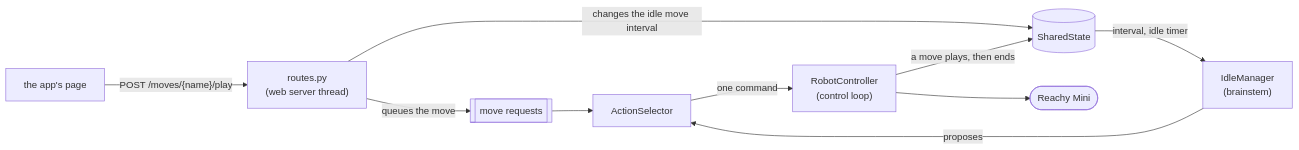
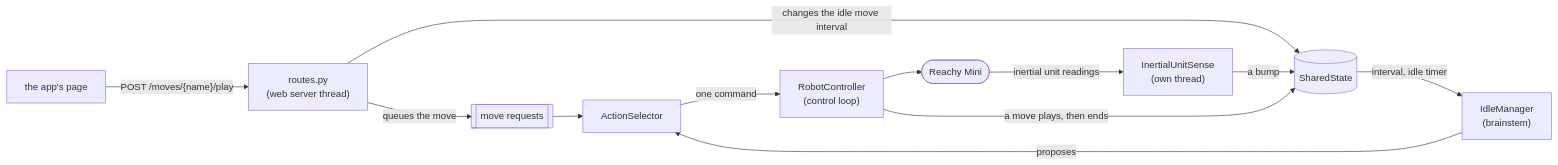
The first of 2 diagrams in ARCHITECTURE.md (HTurlet15/reachy_alive), drawn with Mermaid before and after one commit. The commit also changed other lines of this file and 2 other files, not shown here.

Commit message:
docs: describe the first sense

````diff
--- a/ARCHITECTURE.md
+++ b/ARCHITECTURE.md
@@ -34,12 +34,14 @@
 ```mermaid
 flowchart LR
     page["the app's page"] -->|"POST /moves/{name}/play"| routes["routes.py<br/>(web server thread)"]
     routes -->|queues the move| queue[["move requests"]]
     routes -->|changes the idle move interval| state[("SharedState")]
+    imu["InertialUnitSense<br/>(own thread)"] -->|a bump| state
     queue --> selector["ActionSelector"]
     idle["IdleManager<br/>(brainstem)"] -->|proposes| selector
     state -->|interval, idle timer| idle
     selector -->|one command| controller["RobotController<br/>(control loop)"]
     controller -->|a move plays, then ends| state
     controller --> robot(["Reachy Mini"])
+    robot -->|inertial unit readings| imu
 ```
````
